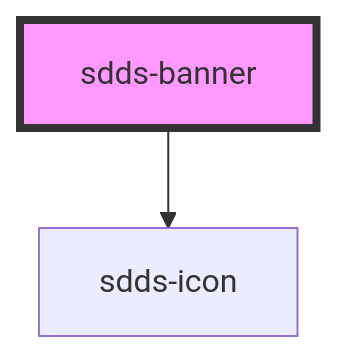
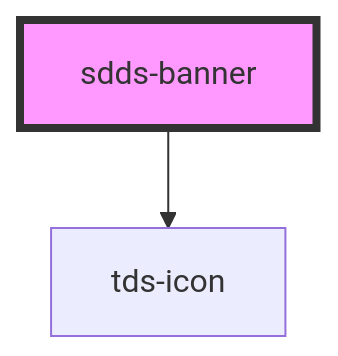
The diagram in core/src/components/banner/readme.md (scania-digital-design-system/tegel), drawn with Mermaid before and after one commit. The commit also changed other lines of this file and 75 other files, not shown here.

````diff
--- a/core/src/components/banner/readme.md
+++ b/core/src/components/banner/readme.md
@@ -58,5 +58,5 @@
 ```mermaid
 graph TD;
-  sdds-banner --> sdds-icon
+  sdds-banner --> tds-icon
   style sdds-banner fill:#f9f,stroke:#333,stroke-width:4px
 ```
````
